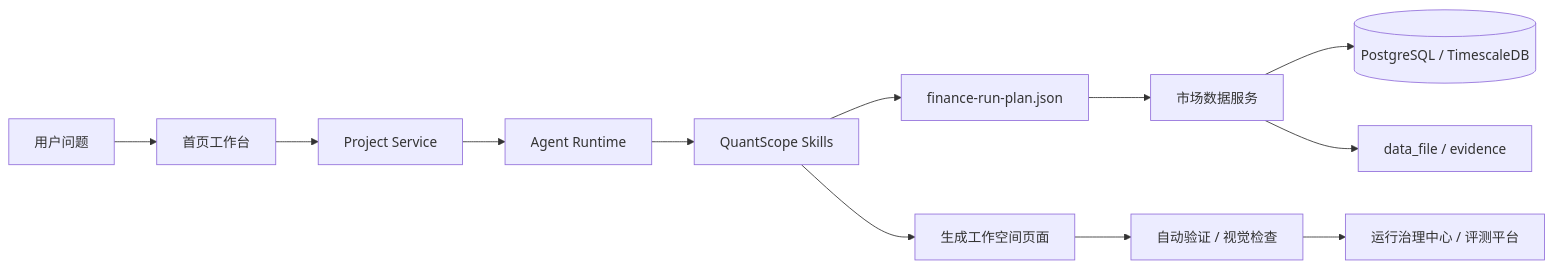
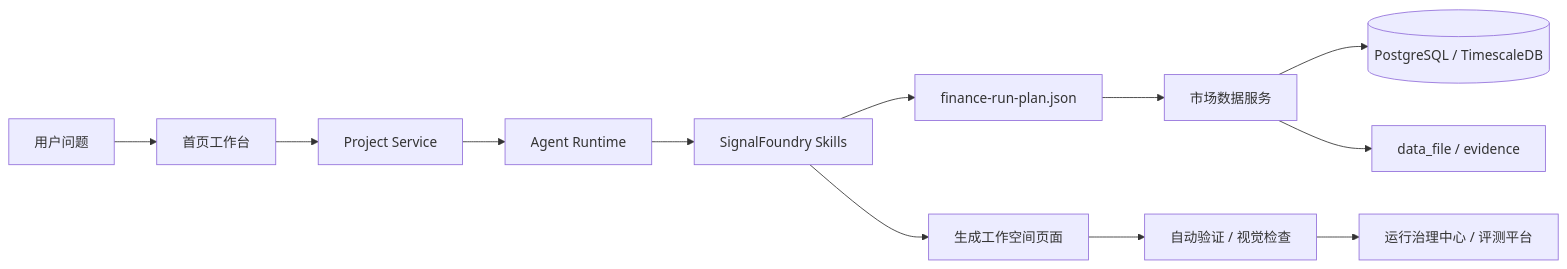
One commit to PeaceMaker-best/QuantPilot changed the diagram in docs/internal-components.md. Above: the diagram before and after it, drawn with Mermaid. The commit also changed other lines of this file and 205 other files, not shown here.

Commit message:
Rebrand project as SignalFoundry

````diff
--- a/docs/internal-components.md
+++ b/docs/internal-components.md
@@ -26,14 +26,14 @@
 ```mermaid
 flowchart LR
   U[用户问题] --> H[首页工作台]
   H --> P[Project Service]
   P --> A[Agent Runtime]
-  A --> S[QuantScope Skills]
+  A --> S[SignalFoundry Skills]
   S --> RP[finance-run-plan.json]
   RP --> MD[市场数据服务]
   MD --> DB[(PostgreSQL / TimescaleDB)]
   MD --> DF[data_file / evidence]
   S --> WS[生成工作空间页面]
   WS --> V[自动验证 / 视觉检查]
   V --> OP[运行治理中心 / 评测平台]
 ```
````
